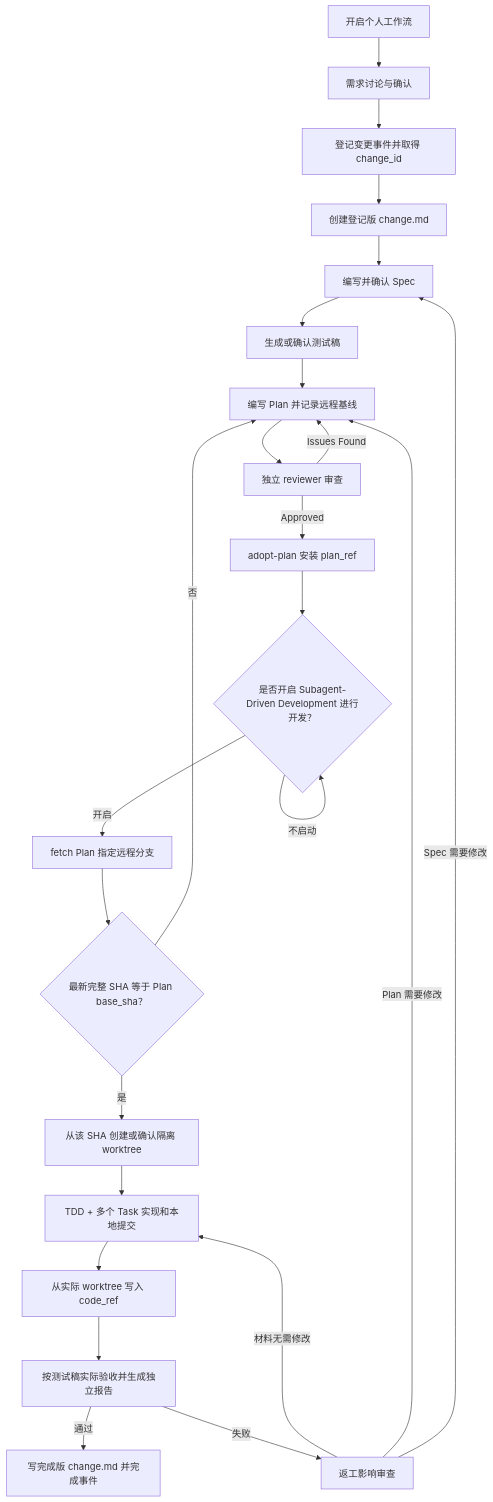
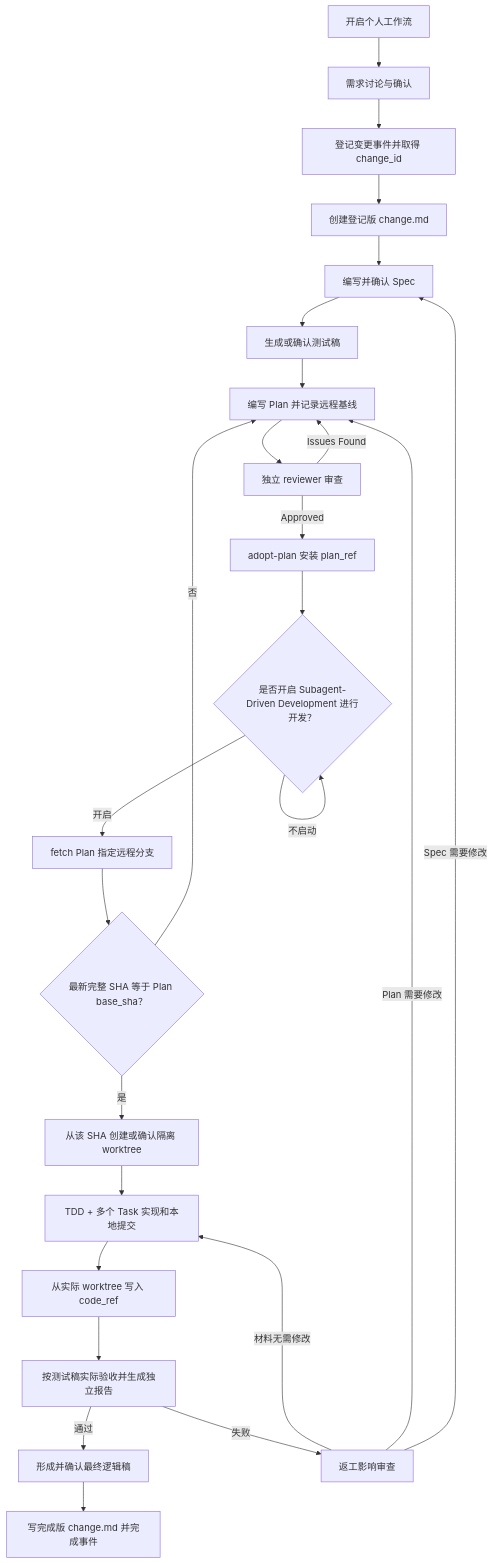
Before and after one commit to TheoEquity/personal-development-workflow: the diagram in README.md, drawn with Mermaid. The commit also changed other lines of this file and 14 other files, not shown here.

````diff
--- a/README.md
+++ b/README.md
@@ -19,26 +20,27 @@
 ```mermaid
 flowchart TD
     A["开启个人工作流"] --> B["需求讨论与确认"]
     B --> C["登记变更事件并取得 change_id"]
     C --> D["创建登记版 change.md"]
     D --> E["编写并确认 Spec"]
     E --> F["生成或确认测试稿"]
     F --> G["编写 Plan 并记录远程基线"]
     G --> H["独立 reviewer 审查"]
     H -->|Issues Found| G
     H -->|Approved| I["adopt-plan 安装 plan_ref"]
     I --> J{"是否开启 Subagent-Driven Development 进行开发？"}
     J -->|开启| Q["fetch Plan 指定远程分支"]
     J -->|不启动| J
     Q --> R{"最新完整 SHA 等于 Plan base_sha？"}
     R -->|否| G
     R -->|是| K["从该 SHA 创建或确认隔离 worktree"]
     K --> L["TDD + 多个 Task 实现和本地提交"]
     L --> M["从实际 worktree 写入 code_ref"]
     M --> N["按测试稿实际验收并生成独立报告"]
-    N -->|通过| O["写完成版 change.md 并完成事件"]
+    N -->|通过| O["形成并确认最终逻辑稿"]
+    O --> S["写完成版 change.md 并完成事件"]
     N -->|失败| P["返工影响审查"]
     P -->|材料无需修改| L
     P -->|Plan 需要修改| G
     P -->|Spec 需要修改| E
 ```
````
